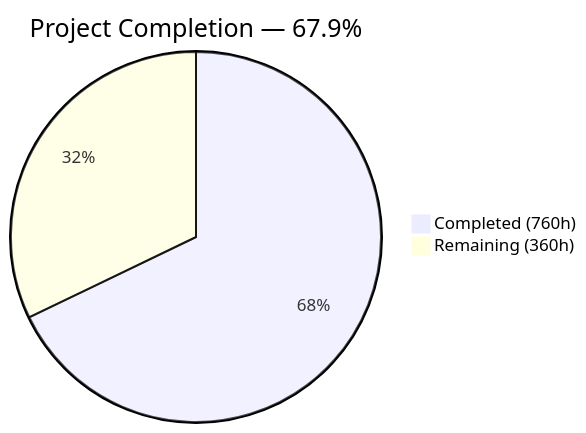
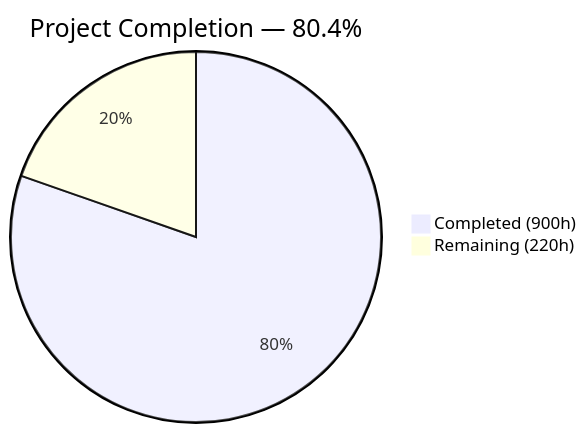
Before and after one commit to Blitzy-Sandbox/blitzy-exim: the first of 2 diagrams in blitzy/documentation/Project Guide.md, drawn with Mermaid. The commit also changed other lines of this file and 19 other files, not shown here.

````diff
--- a/blitzy/documentation/Project Guide.md
+++ b/blitzy/documentation/Project Guide.md
@@ -13,5 +13,5 @@
 ```mermaid
-pie title Project Completion — 67.9%
-    "Completed (760h)" : 760
-    "Remaining (360h)" : 360
+pie title Project Completion — 80.4%
+    "Completed (900h)" : 900
+    "Remaining (220h)" : 220
 ```
````
